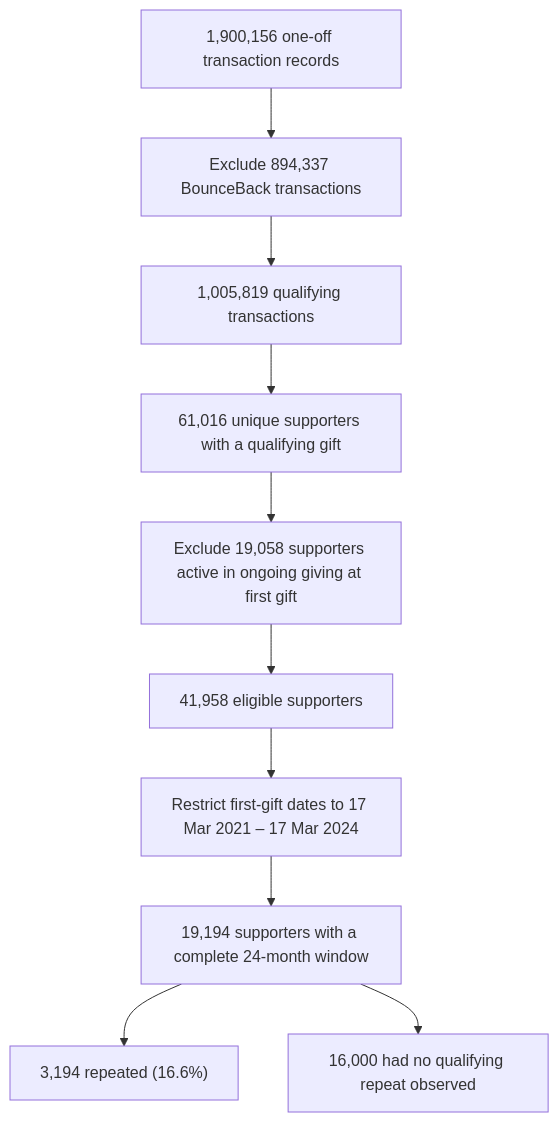
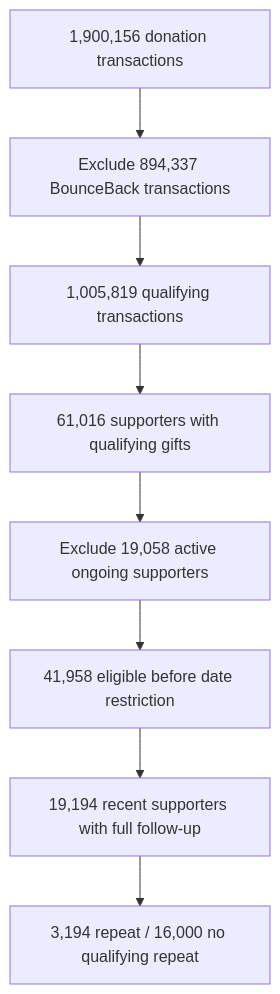
Before and after one commit to veenguyen2302-glitch/Using-Python-to-Analyse-Donor-Behaviour-and-Inform-Retention-Decisions: the diagram in 02-data-understanding-and-preparation.md, drawn with Mermaid. The commit also changed other lines of this file and 6 other files, not shown here.

````diff
--- a/02-data-understanding-and-preparation.md
+++ b/02-data-understanding-and-preparation.md
@@ -84,12 +42,10 @@
 ```mermaid
 flowchart TD
-    A["1,900,156 one-off transaction records"] --> B["Exclude 894,337 BounceBack transactions"]
-    B --> C["1,005,819 qualifying transactions"]
-    C --> D["61,016 unique supporters with a qualifying gift"]
-    D --> E["Exclude 19,058 supporters active in ongoing giving at first gift"]
-    E --> F["41,958 eligible supporters"]
-    F --> G["Restrict first-gift dates to 17 Mar 2021 – 17 Mar 2024"]
-    G --> H["19,194 supporters with a complete 24-month window"]
-    H --> I["3,194 repeated (16.6%)"]
-    H --> J["16,000 had no qualifying repeat observed"]
+  A["1,900,156 donation transactions"] --> B["Exclude 894,337 BounceBack transactions"]
+  B --> C["1,005,819 qualifying transactions"]
+  C --> D["61,016 supporters with qualifying gifts"]
+  D --> E["Exclude 19,058 active ongoing supporters"]
+  E --> F["41,958 eligible before date restriction"]
+  F --> G["19,194 recent supporters with full follow-up"]
+  G --> H["3,194 repeat / 16,000 no qualifying repeat"]
 ```
````
